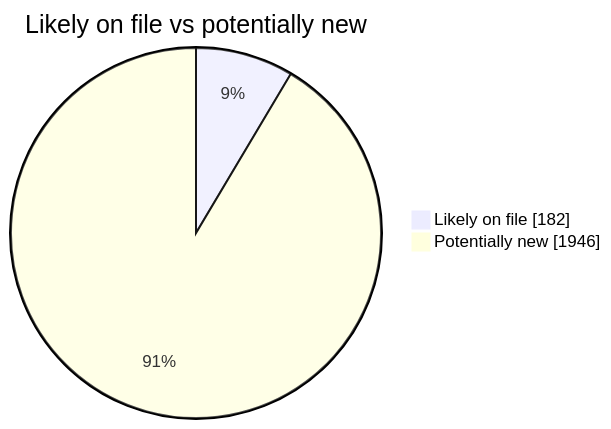
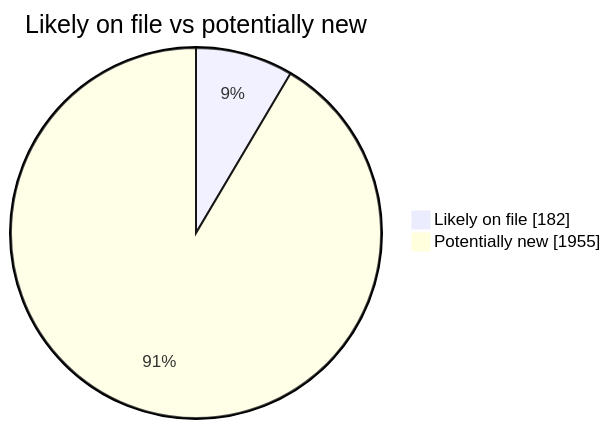
The second of 4 diagrams in README.md (martinbalfanz/social-scanner-reports), drawn with Mermaid before and after one commit. The commit also changed other lines of this file and 4 other files, not shown here.

````diff
--- a/README.md
+++ b/README.md
@@ -40,5 +40,5 @@
 ```mermaid
 pie showData title Likely on file vs potentially new
     "Likely on file" : 182
-    "Potentially new" : 1946
+    "Potentially new" : 1955
 ```
````
